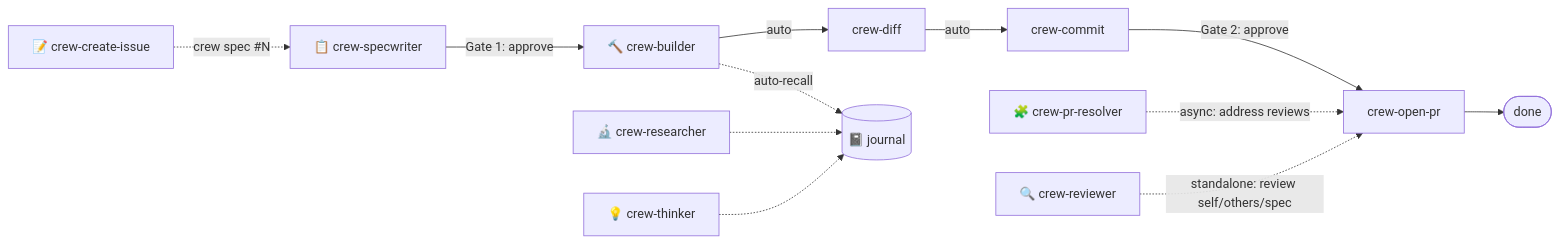
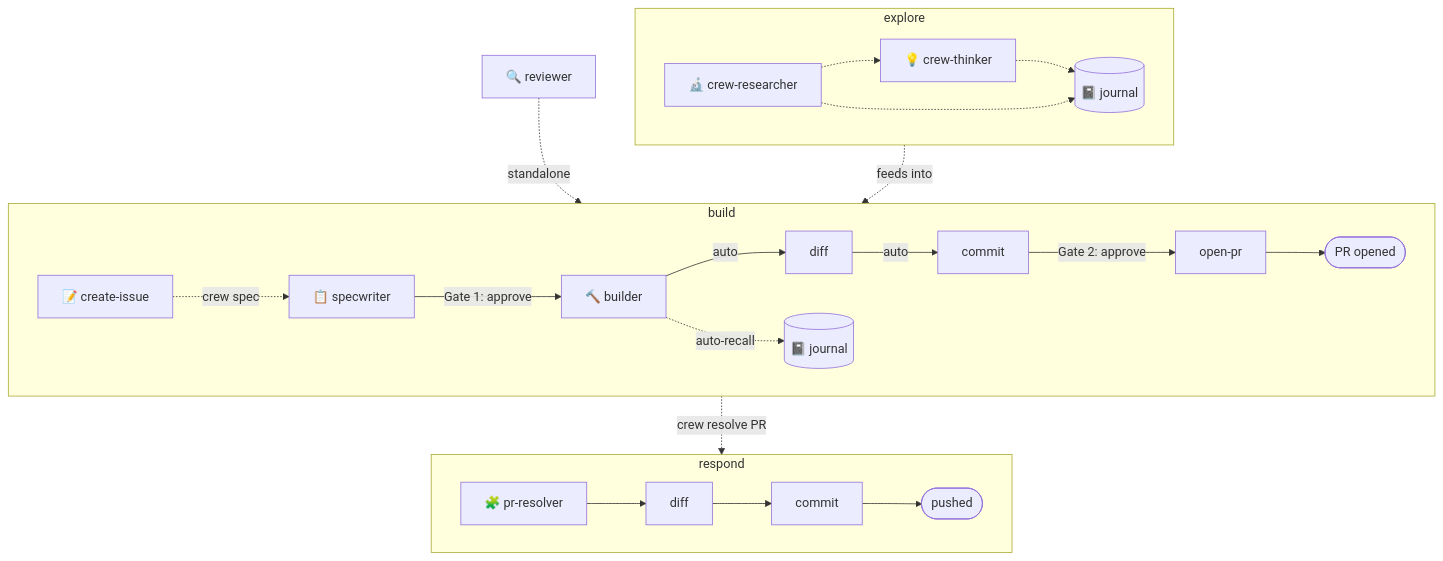
The diagram in README.md (crespocarlos/el-capitan), drawn with Mermaid before and after one commit. The commit also changed other lines of this file and 24 other files, not shown here.

Commit message:
feat(workflows): make build/respond/explore the primary interface

````diff
--- a/README.md
+++ b/README.md
@@ -60,15 +96,31 @@
 ```mermaid
-flowchart LR
-    issue["📝 crew-create-issue"] -.->|"crew spec #N"| spec
-    spec["📋 crew-specwriter"] -->|"Gate 1: approve"| build["🔨 crew-builder"]
-    build -->|"auto"| diff["crew-diff"]
-    diff -->|"auto"| commit["crew-commit"]
-    commit -->|"Gate 2: approve"| pr["crew-open-pr"]
-    pr --> pipelineDone(["done"])
+flowchart TB
+    subgraph explore["explore"]
+        direction LR
+        research["🔬 crew-researcher"] -.-> think["💡 crew-thinker"]
+        think -.-> journal[("📓 journal")]
+        research -.-> journal
+    end
 
-    resolver["🧩 crew-pr-resolver"] -.->|"async: address reviews"| pr
-    reviewer["🔍 crew-reviewer"] -.->|"standalone: review self/others/spec"| pr
-    research["🔬 crew-researcher"] -.-> journal[("📓 journal")]
-    think["💡 crew-thinker"] -.-> journal
-    build -.->|"auto-recall"| journal
+    subgraph build["build"]
+        direction LR
+        issue["📝 create-issue"] -.->|"crew spec"| spec["📋 specwriter"]
+        spec -->|"Gate 1: approve"| impl["🔨 builder"]
+        impl -->|"auto"| bdiff["diff"]
+        bdiff -->|"auto"| bcommit["commit"]
+        bcommit -->|"Gate 2: approve"| openpr["open-pr"]
+        openpr --> done(["PR opened"])
+        impl -.->|"auto-recall"| journal2[("📓 journal")]
+    end
+
+    subgraph respond["respond"]
+        direction LR
+        resolver["🧩 pr-resolver"] --> rdiff["diff"]
+        rdiff --> rcommit["commit"]
+        rcommit --> pushed(["pushed"])
+    end
+
+    think -.->|"feeds into"| spec
+    done -.->|"crew resolve PR"| resolver
+    reviewer["🔍 reviewer"] -.->|"standalone"| impl
 ```
````
